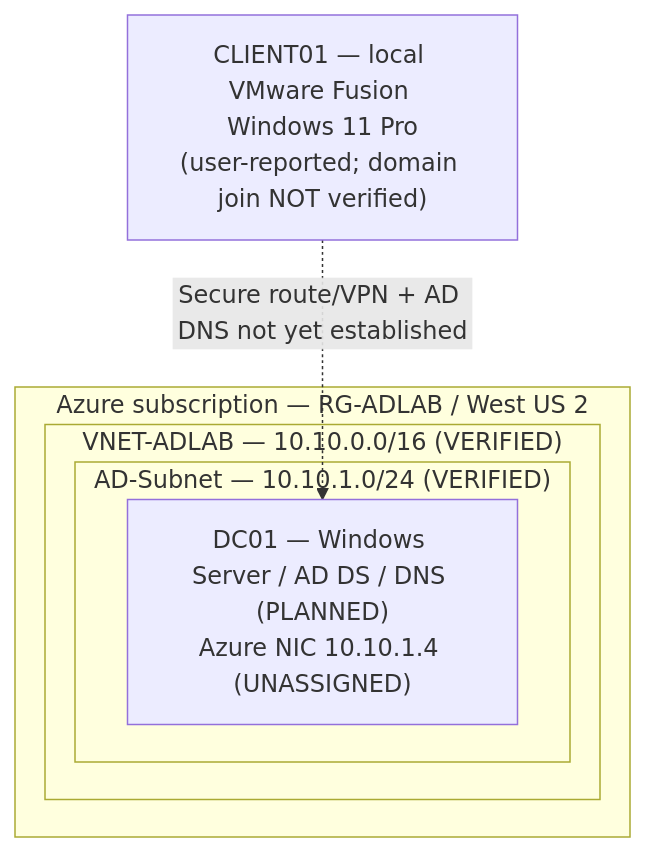
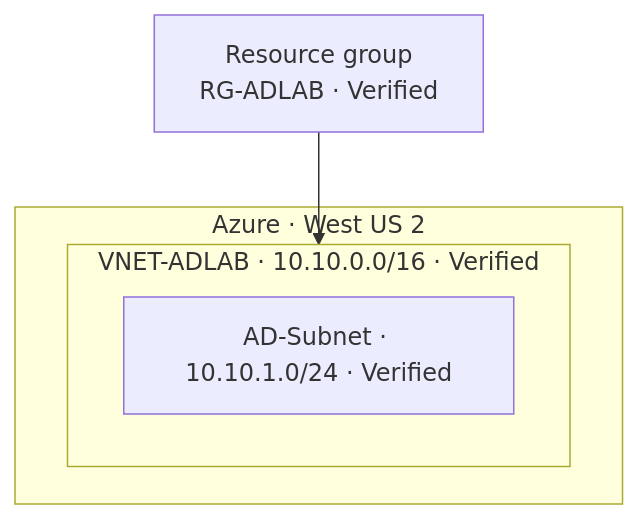
Before and after one commit to dbates91/azure-virtual-network-foundations: the diagram in README.md, drawn with Mermaid. The commit also changed other lines of this file and 49 other files, not shown here.

First line of the commit message:
refactor: pivot repository to Azure cloud network architecture lab

````diff
--- a/README.md
+++ b/README.md
@@ -56,12 +30,10 @@
 ```mermaid
 flowchart TB
-    subgraph Azure["Azure subscription — RG-ADLAB / West US 2"]
-        subgraph VNET["VNET-ADLAB — 10.10.0.0/16 (VERIFIED)"]
-            subgraph Subnet["AD-Subnet — 10.10.1.0/24 (VERIFIED)"]
-                DC["DC01 — Windows Server / AD DS / DNS (PLANNED)\nAzure NIC 10.10.1.4 (UNASSIGNED)"]
-            end
-        end
+  RG["Resource group<br/>RG-ADLAB · Verified"]
+  subgraph WUS2["Azure · West US 2"]
+    subgraph VNET["VNET-ADLAB · 10.10.0.0/16 · Verified"]
+      SUB["AD-Subnet · 10.10.1.0/24 · Verified"]
     end
-    Client["CLIENT01 — local VMware Fusion Windows 11 Pro\n(user-reported; domain join NOT verified)"]
-    Client -. "Secure route/VPN + AD DNS not yet established" .-> DC
+  end
+  RG --> VNET
 ```
````
